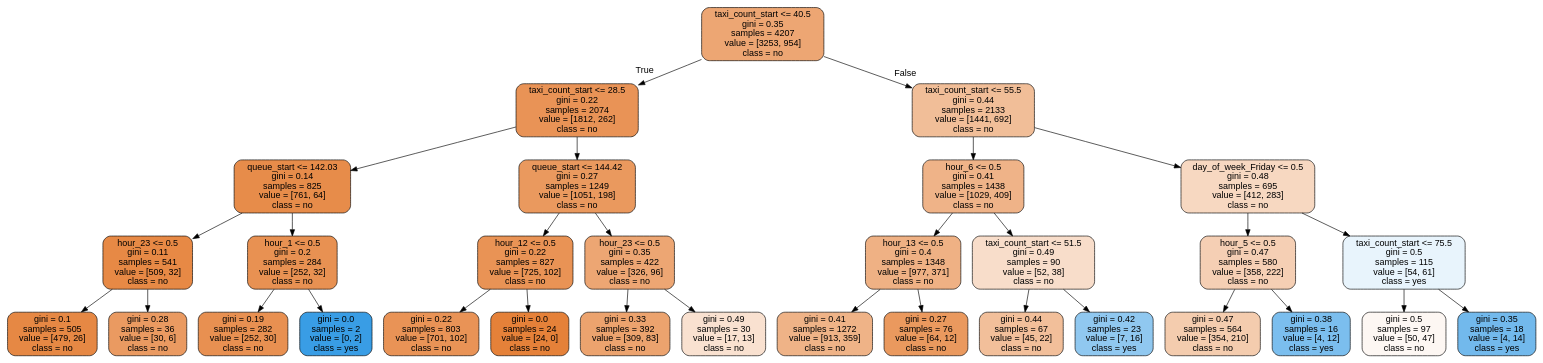
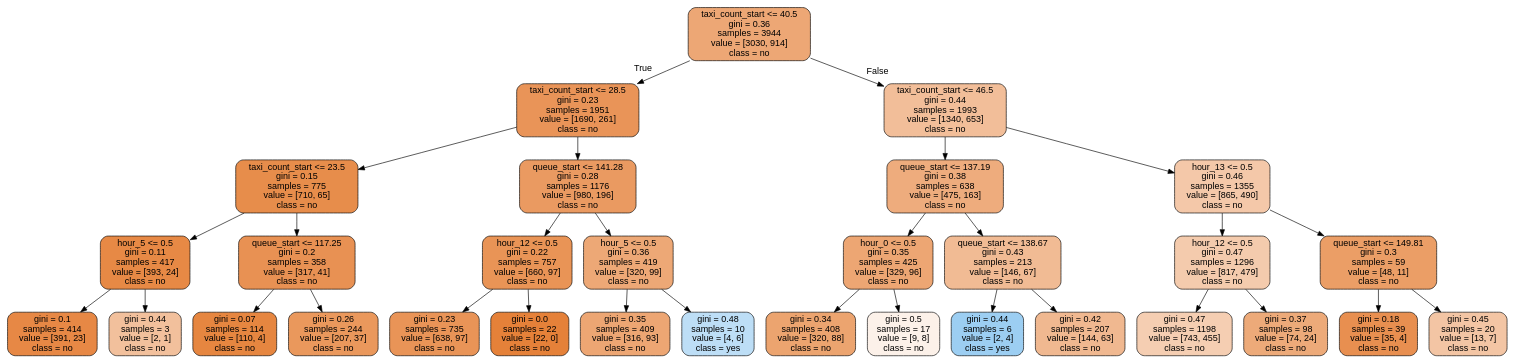
One commit to DungDinhDungDinh/capstone_project changed the diagram in tree2.dot. Above: the diagram before and after it, drawn with Graphviz. The commit also changed 99 other files, not shown here.

```diff
--- a/tree2.dot
+++ b/tree2.dot
@@ -1,65 +1,65 @@
 digraph Tree {
 node [shape=box, style="filled, rounded", color="black", fontname="helvetica"] ;
 edge [fontname="helvetica"] ;
-0 [label="taxi_count_start <= 40.5\ngini = 0.35\nsamples = 4207\nvalue = [3253, 954]\nclass = no", fillcolor="#eda673"] ;
-1 [label="taxi_count_start <= 28.5\ngini = 0.22\nsamples = 2074\nvalue = [1812, 262]\nclass = no", fillcolor="#e99356"] ;
+0 [label="taxi_count_start <= 40.5\ngini = 0.36\nsamples = 3944\nvalue = [3030, 914]\nclass = no", fillcolor="#eda775"] ;
+1 [label="taxi_count_start <= 28.5\ngini = 0.23\nsamples = 1951\nvalue = [1690, 261]\nclass = no", fillcolor="#e99458"] ;
 0 -> 1 [labeldistance=2.5, labelangle=45, headlabel="True"] ;
-2 [label="queue_start <= 142.03\ngini = 0.14\nsamples = 825\nvalue = [761, 64]\nclass = no", fillcolor="#e78c4a"] ;
+2 [label="taxi_count_start <= 23.5\ngini = 0.15\nsamples = 775\nvalue = [710, 65]\nclass = no", fillcolor="#e78d4b"] ;
 1 -> 2 ;
-3 [label="hour_23 <= 0.5\ngini = 0.11\nsamples = 541\nvalue = [509, 32]\nclass = no", fillcolor="#e78945"] ;
+3 [label="hour_5 <= 0.5\ngini = 0.11\nsamples = 417\nvalue = [393, 24]\nclass = no", fillcolor="#e78945"] ;
 2 -> 3 ;
-4 [label="gini = 0.1\nsamples = 505\nvalue = [479, 26]\nclass = no", fillcolor="#e68844"] ;
+4 [label="gini = 0.1\nsamples = 414\nvalue = [391, 23]\nclass = no", fillcolor="#e78845"] ;
 3 -> 4 ;
-5 [label="gini = 0.28\nsamples = 36\nvalue = [30, 6]\nclass = no", fillcolor="#ea9a61"] ;
+5 [label="gini = 0.44\nsamples = 3\nvalue = [2, 1]\nclass = no", fillcolor="#f2c09c"] ;
 3 -> 5 ;
-6 [label="hour_1 <= 0.5\ngini = 0.2\nsamples = 284\nvalue = [252, 32]\nclass = no", fillcolor="#e89152"] ;
+6 [label="queue_start <= 117.25\ngini = 0.2\nsamples = 358\nvalue = [317, 41]\nclass = no", fillcolor="#e89153"] ;
 2 -> 6 ;
-7 [label="gini = 0.19\nsamples = 282\nvalue = [252, 30]\nclass = no", fillcolor="#e89051"] ;
+7 [label="gini = 0.07\nsamples = 114\nvalue = [110, 4]\nclass = no", fillcolor="#e68640"] ;
 6 -> 7 ;
-8 [label="gini = 0.0\nsamples = 2\nvalue = [0, 2]\nclass = yes", fillcolor="#399de5"] ;
+8 [label="gini = 0.26\nsamples = 244\nvalue = [207, 37]\nclass = no", fillcolor="#ea985c"] ;
 6 -> 8 ;
-9 [label="queue_start <= 144.42\ngini = 0.27\nsamples = 1249\nvalue = [1051, 198]\nclass = no", fillcolor="#ea995e"] ;
+9 [label="queue_start <= 141.28\ngini = 0.28\nsamples = 1176\nvalue = [980, 196]\nclass = no", fillcolor="#ea9a61"] ;
 1 -> 9 ;
-10 [label="hour_12 <= 0.5\ngini = 0.22\nsamples = 827\nvalue = [725, 102]\nclass = no", fillcolor="#e99355"] ;
+10 [label="hour_12 <= 0.5\ngini = 0.22\nsamples = 757\nvalue = [660, 97]\nclass = no", fillcolor="#e99456"] ;
 9 -> 10 ;
-11 [label="gini = 0.22\nsamples = 803\nvalue = [701, 102]\nclass = no", fillcolor="#e99356"] ;
+11 [label="gini = 0.23\nsamples = 735\nvalue = [638, 97]\nclass = no", fillcolor="#e99457"] ;
 10 -> 11 ;
-12 [label="gini = 0.0\nsamples = 24\nvalue = [24, 0]\nclass = no", fillcolor="#e58139"] ;
+12 [label="gini = 0.0\nsamples = 22\nvalue = [22, 0]\nclass = no", fillcolor="#e58139"] ;
 10 -> 12 ;
-13 [label="hour_23 <= 0.5\ngini = 0.35\nsamples = 422\nvalue = [326, 96]\nclass = no", fillcolor="#eda673"] ;
+13 [label="hour_5 <= 0.5\ngini = 0.36\nsamples = 419\nvalue = [320, 99]\nclass = no", fillcolor="#eda876"] ;
 9 -> 13 ;
-14 [label="gini = 0.33\nsamples = 392\nvalue = [309, 83]\nclass = no", fillcolor="#eca36e"] ;
+14 [label="gini = 0.35\nsamples = 409\nvalue = [316, 93]\nclass = no", fillcolor="#eda673"] ;
 13 -> 14 ;
-15 [label="gini = 0.49\nsamples = 30\nvalue = [17, 13]\nclass = no", fillcolor="#f9e1d0"] ;
+15 [label="gini = 0.48\nsamples = 10\nvalue = [4, 6]\nclass = yes", fillcolor="#bddef6"] ;
 13 -> 15 ;
-16 [label="taxi_count_start <= 55.5\ngini = 0.44\nsamples = 2133\nvalue = [1441, 692]\nclass = no", fillcolor="#f1be98"] ;
+16 [label="taxi_count_start <= 46.5\ngini = 0.44\nsamples = 1993\nvalue = [1340, 653]\nclass = no", fillcolor="#f2be99"] ;
 0 -> 16 [labeldistance=2.5, labelangle=-45, headlabel="False"] ;
-17 [label="hour_6 <= 0.5\ngini = 0.41\nsamples = 1438\nvalue = [1029, 409]\nclass = no", fillcolor="#efb388"] ;
+17 [label="queue_start <= 137.19\ngini = 0.38\nsamples = 638\nvalue = [475, 163]\nclass = no", fillcolor="#eeac7d"] ;
 16 -> 17 ;
-18 [label="hour_13 <= 0.5\ngini = 0.4\nsamples = 1348\nvalue = [977, 371]\nclass = no", fillcolor="#efb184"] ;
+18 [label="hour_0 <= 0.5\ngini = 0.35\nsamples = 425\nvalue = [329, 96]\nclass = no", fillcolor="#eda673"] ;
 17 -> 18 ;
-19 [label="gini = 0.41\nsamples = 1272\nvalue = [913, 359]\nclass = no", fillcolor="#efb387"] ;
+19 [label="gini = 0.34\nsamples = 408\nvalue = [320, 88]\nclass = no", fillcolor="#eca46f"] ;
 18 -> 19 ;
-20 [label="gini = 0.27\nsamples = 76\nvalue = [64, 12]\nclass = no", fillcolor="#ea995e"] ;
+20 [label="gini = 0.5\nsamples = 17\nvalue = [9, 8]\nclass = no", fillcolor="#fcf1e9"] ;
 18 -> 20 ;
-21 [label="taxi_count_start <= 51.5\ngini = 0.49\nsamples = 90\nvalue = [52, 38]\nclass = no", fillcolor="#f8ddca"] ;
+21 [label="queue_start <= 138.67\ngini = 0.43\nsamples = 213\nvalue = [146, 67]\nclass = no", fillcolor="#f1bb94"] ;
 17 -> 21 ;
-22 [label="gini = 0.44\nsamples = 67\nvalue = [45, 22]\nclass = no", fillcolor="#f2bf9a"] ;
+22 [label="gini = 0.44\nsamples = 6\nvalue = [2, 4]\nclass = yes", fillcolor="#9ccef2"] ;
 21 -> 22 ;
-23 [label="gini = 0.42\nsamples = 23\nvalue = [7, 16]\nclass = yes", fillcolor="#90c8f0"] ;
+23 [label="gini = 0.42\nsamples = 207\nvalue = [144, 63]\nclass = no", fillcolor="#f0b890"] ;
 21 -> 23 ;
-24 [label="day_of_week_Friday <= 0.5\ngini = 0.48\nsamples = 695\nvalue = [412, 283]\nclass = no", fillcolor="#f7d8c1"] ;
+24 [label="hour_13 <= 0.5\ngini = 0.46\nsamples = 1355\nvalue = [865, 490]\nclass = no", fillcolor="#f4c8a9"] ;
 16 -> 24 ;
-25 [label="hour_5 <= 0.5\ngini = 0.47\nsamples = 580\nvalue = [358, 222]\nclass = no", fillcolor="#f5cfb4"] ;
+25 [label="hour_12 <= 0.5\ngini = 0.47\nsamples = 1296\nvalue = [817, 479]\nclass = no", fillcolor="#f4cbad"] ;
 24 -> 25 ;
-26 [label="gini = 0.47\nsamples = 564\nvalue = [354, 210]\nclass = no", fillcolor="#f4ccae"] ;
+26 [label="gini = 0.47\nsamples = 1198\nvalue = [743, 455]\nclass = no", fillcolor="#f5ceb2"] ;
 25 -> 26 ;
-27 [label="gini = 0.38\nsamples = 16\nvalue = [4, 12]\nclass = yes", fillcolor="#7bbeee"] ;
+27 [label="gini = 0.37\nsamples = 98\nvalue = [74, 24]\nclass = no", fillcolor="#edaa79"] ;
 25 -> 27 ;
-28 [label="taxi_count_start <= 75.5\ngini = 0.5\nsamples = 115\nvalue = [54, 61]\nclass = yes", fillcolor="#e8f4fc"] ;
+28 [label="queue_start <= 149.81\ngini = 0.3\nsamples = 59\nvalue = [48, 11]\nclass = no", fillcolor="#eb9e66"] ;
 24 -> 28 ;
-29 [label="gini = 0.5\nsamples = 97\nvalue = [50, 47]\nclass = no", fillcolor="#fdf7f3"] ;
+29 [label="gini = 0.18\nsamples = 39\nvalue = [35, 4]\nclass = no", fillcolor="#e88f50"] ;
 28 -> 29 ;
-30 [label="gini = 0.35\nsamples = 18\nvalue = [4, 14]\nclass = yes", fillcolor="#72b9ec"] ;
+30 [label="gini = 0.45\nsamples = 20\nvalue = [13, 7]\nclass = no", fillcolor="#f3c5a4"] ;
 28 -> 30 ;
 }
```
